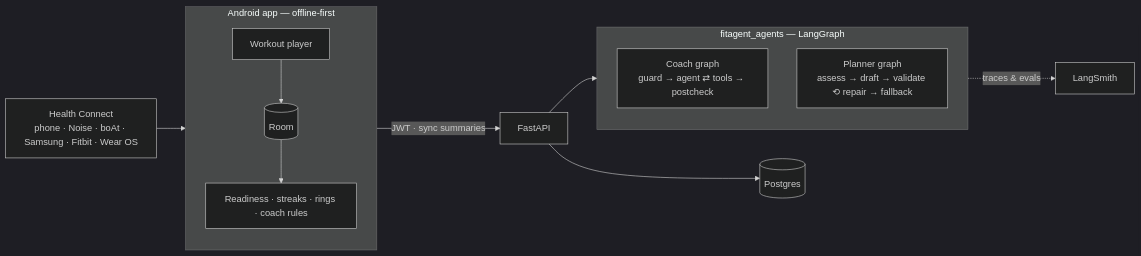
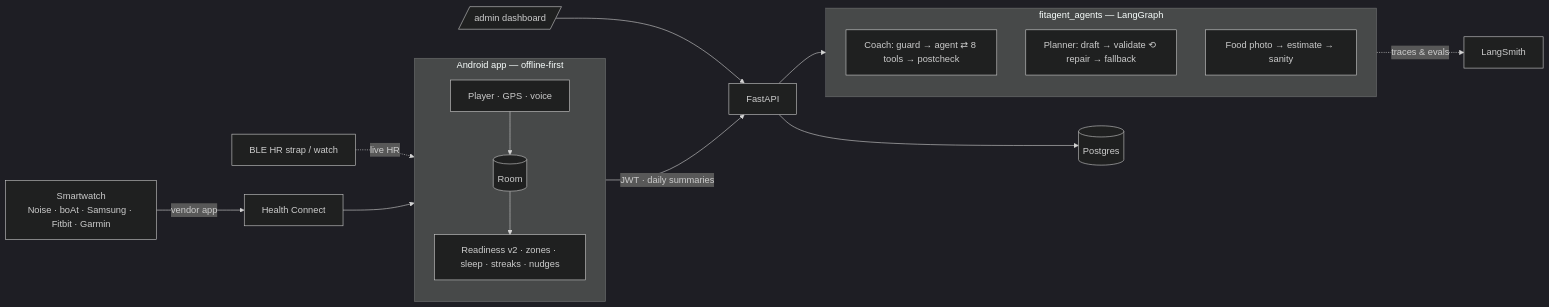
The diagram in fitagent/README.md (darkwing-09/smart_health), drawn with Mermaid (dark theme) before and after one commit. The commit also changed other lines of this file and 2 other files, not shown here.

````diff
--- a/fitagent/README.md
+++ b/fitagent/README.md
@@ -43,16 +56,20 @@
 ```mermaid
 flowchart LR
-    HC[Health Connect<br/>phone · Noise · boAt · Samsung · Fitbit · Wear OS] --> APP
+    W[Smartwatch<br/>Noise · boAt · Samsung · Fitbit · Garmin] -- vendor app --> HC[Health Connect]
+    S[BLE HR strap / watch] -. live HR .-> APP
+    HC --> APP
     subgraph APP[Android app — offline-first]
-      ROOM[(Room)] --> DOMAIN[Readiness · streaks · rings · coach rules]
-      PLAYER[Workout player] --> ROOM
+      ROOM[(Room)] --> DOMAIN[Readiness v2 · zones · sleep · streaks · nudges]
+      PLAYER[Player · GPS · voice] --> ROOM
     end
-    APP -- JWT · sync summaries --> API[FastAPI]
+    APP -- JWT · daily summaries --> API[FastAPI]
     API --> PG[(Postgres)]
     API --> AG
     subgraph AG[fitagent_agents — LangGraph]
-      COACH[Coach graph<br/>guard → agent ⇄ tools → postcheck]
-      PLAN[Planner graph<br/>assess → draft → validate ⟲ repair → fallback]
+      COACH[Coach: guard → agent ⇄ 8 tools → postcheck]
+      PLAN[Planner: draft → validate ⟲ repair → fallback]
+      FOOD[Food photo → estimate → sanity]
     end
     AG -. traces & evals .-> LS[LangSmith]
+    ADMIN[/admin dashboard/] --> API
 ```
````
